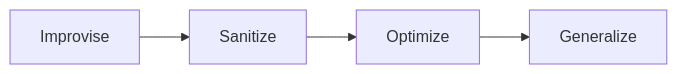
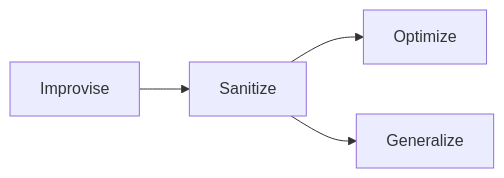
The diagram in README.md (dale-stewart/ai-show-and-tell), drawn with Mermaid before and after one commit. The commit also changed other lines of this file, not shown here.

````diff
--- a/README.md
+++ b/README.md
@@ -10,9 +12,11 @@
 ```mermaid
 graph LR
     A["Improvise"]
     B["Sanitize"]
     C["Optimize"]
     D["Generalize"]
 
-    A --> B --> C --> D
+    A --> B
+    B --> C
+    B --> D
 ```
````
